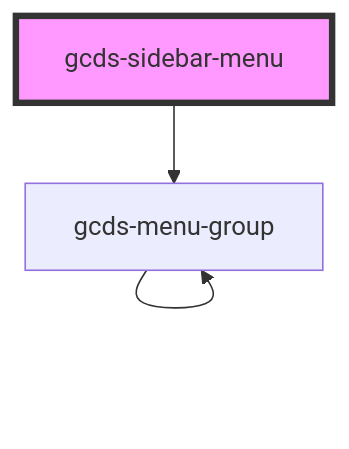
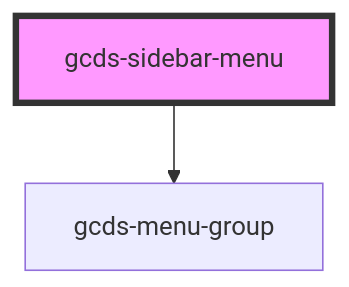
Before and after one commit to cds-snc/gcds-components: the diagram in packages/web/src/components/gcds-sidebar-menu/readme.md, drawn with Mermaid. The commit also changed 26 other files, not shown here.

Commit message:
Fix gcds-menu-group appearing as a dependency in all components

````diff
--- a/packages/web/src/components/gcds-sidebar-menu/readme.md
+++ b/packages/web/src/components/gcds-sidebar-menu/readme.md
@@ -46,6 +46,5 @@
 ```mermaid
 graph TD;
   gcds-sidebar-menu --> gcds-menu-group
-  gcds-menu-group --> gcds-menu-group
   style gcds-sidebar-menu fill:#f9f,stroke:#333,stroke-width:4px
 ```
````
